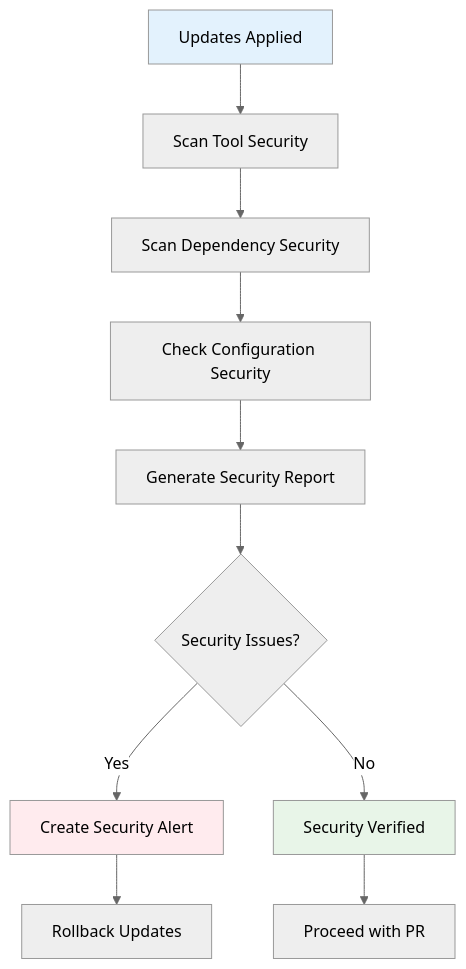
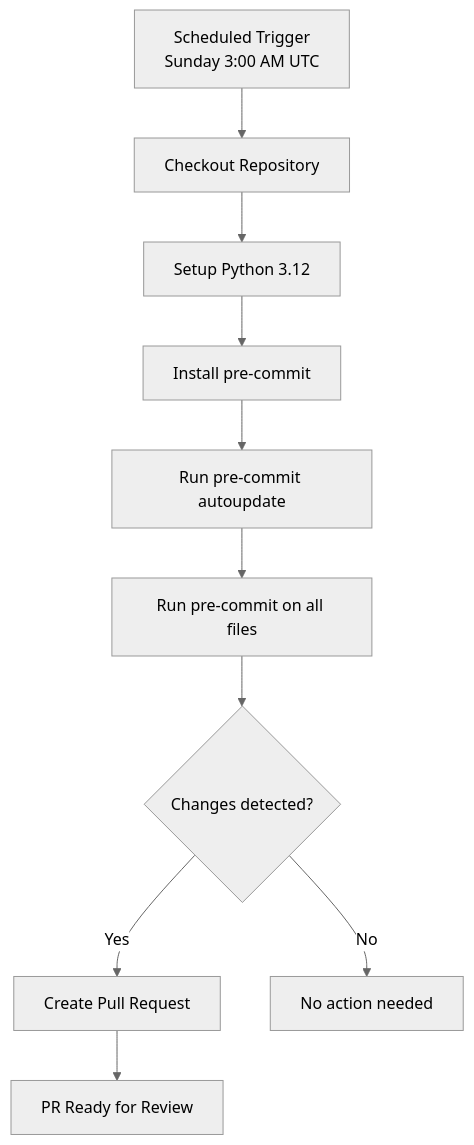
One commit to ericodx/swift-structure changed the diagram in Docs/CI/pre-commit-autoupdate.md. Above: the diagram before and after it, drawn with Mermaid (neutral theme). The commit also changed other lines of this file and 4 other files, not shown here.

````diff
--- a/Docs/CI/pre-commit-autoupdate.md
+++ b/Docs/CI/pre-commit-autoupdate.md
@@ -334,16 +27,12 @@
 ```mermaid
 flowchart TD
-    A[Updates Applied] --> B[Scan Tool Security]
-    B --> C[Scan Dependency Security]
-    C --> D[Check Configuration Security]
-    D --> E[Generate Security Report]
-    E --> F{Security Issues?}
-    F -->|Yes| G[Create Security Alert]
-    F -->|No| H[Security Verified]
-    G --> I[Rollback Updates]
-    H --> J[Proceed with PR]
-    
-    style A fill:#e3f2fd
-    style H fill:#e8f5e8
-    style G fill:#ffebee
+    A[Scheduled Trigger<br/>Sunday 3:00 AM UTC] --> B[Checkout Repository]
+    B --> C[Setup Python 3.12]
+    C --> D[Install pre-commit]
+    D --> E[Run pre-commit autoupdate]
+    E --> F[Run pre-commit on all files]
+    F --> G{Changes detected?}
+    G -->|Yes| H[Create Pull Request]
+    G -->|No| I[No action needed]
+    H --> J[PR Ready for Review]
 ```
````
